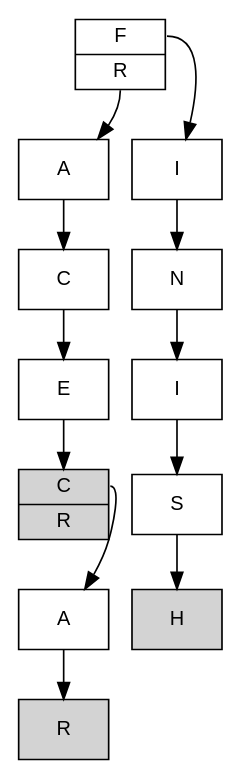
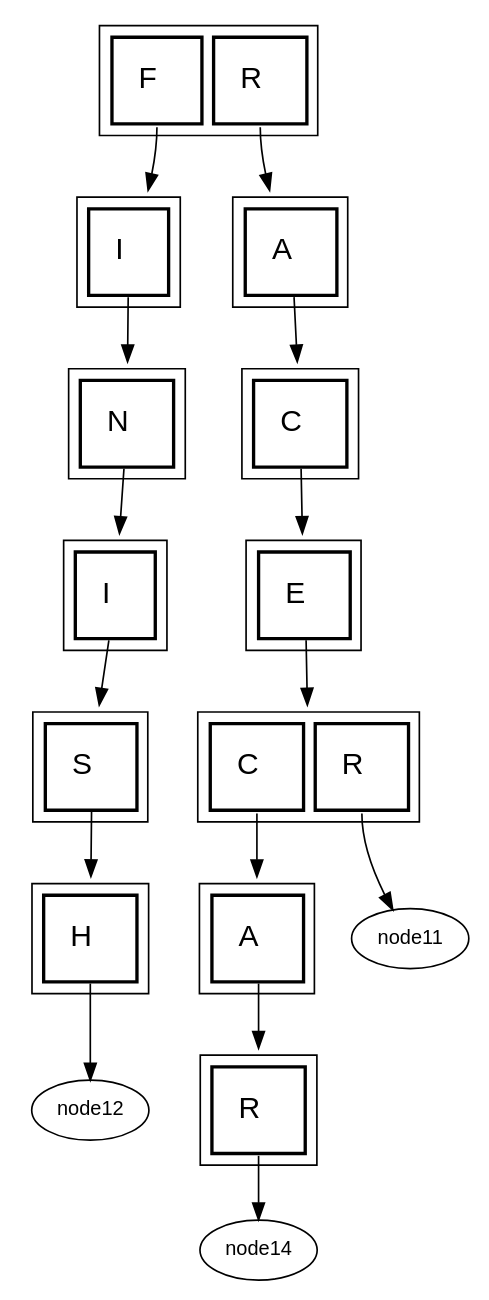
Before and after one commit to samsepi0x0/trie-visualize: the diagram in build/trie.dot, drawn with Graphviz. The commit also changed 13 other files, not shown here.

First line of the commit message:
Shifted to table format in graphviz.

```diff
--- a/build/trie.dot
+++ b/build/trie.dot
@@ -1,80 +1,163 @@
 digraph g { 
 
 beautify = true;
-fontname="Helvetica,Arial,sans-serif" 
-node [fontname="Helvetica,Arial,sans-serif"] 
-edge [fontname="Helvetica,Arial,sans-serif"] 
+fontname = "Helvetica, Arial, sans-serif"
+node [fontname = "Helvetica, Arial, sans-serif"] 
+edge [fontname = "Helvetica, Arial, sans-serif"] 
 graph [nodesep=0.2, ranksep=0.4];
-graph [ rankdir = "TB" ]; 
+graph [rankdir = "TB"]; 
 node [ 
-fontsize = "12"
-shape = "ellipse"
+	fontsize = "12"
+	shape = "ellipse"
 ]; 
 edge []; 
 "node10" [ 
-label = "{ <f0> A }"
-shape = "record"
-];
+	shape = "plaintext"
+	fontsize = "18"
+	label = <
+		<TABLE CELLPADDING="15" BORDER="1" CELLBORDER="2" CELLSPACING="5">
+		<TR>
+			<TD ALIGN="CENTER" VALIGN="MIDDLE" PORT = "f0"> A </TD>
+		</TR>
+		</TABLE>
+	>
+]
 "node9" [ 
-label = "{ <f7> H }"
-shape = "record"
-
-style = "filled"
-];
+	shape = "plaintext"
+	fontsize = "18"
+	label = <
+		<TABLE CELLPADDING="15" BORDER="1" CELLBORDER="2" CELLSPACING="5">
+		<TR>
+			<TD ALIGN="CENTER" VALIGN="MIDDLE" PORT = "f7"> H </TD>
+		</TR>
+		</TABLE>
+	>
+]
 "node8" [ 
-label = "{<f2> C | <f17> R }"
-shape = "record"
-
-style = "filled"
-];
+	shape = "plaintext"
+	fontsize = "18"
+	label = <
+		<TABLE CELLPADDING="15" BORDER="1" CELLBORDER="2" CELLSPACING="5">
+		<TR>
+			<TD ALIGN="CENTER" VALIGN="MIDDLE" PORT = "f2"> C </TD>
+			<TD ALIGN="CENTER" VALIGN="MIDDLE" PORT = "f17"> R </TD>
+		</TR>
+		</TABLE>
+	>
+]
 "node7" [ 
-label = "{ <f18> S }"
-shape = "record"
-];
+	shape = "plaintext"
+	fontsize = "18"
+	label = <
+		<TABLE CELLPADDING="15" BORDER="1" CELLBORDER="2" CELLSPACING="5">
+		<TR>
+			<TD ALIGN="CENTER" VALIGN="MIDDLE" PORT = "f18"> S </TD>
+		</TR>
+		</TABLE>
+	>
+]
 "node6" [ 
-label = "{ <f4> E }"
-shape = "record"
-];
+	shape = "plaintext"
+	fontsize = "18"
+	label = <
+		<TABLE CELLPADDING="15" BORDER="1" CELLBORDER="2" CELLSPACING="5">
+		<TR>
+			<TD ALIGN="CENTER" VALIGN="MIDDLE" PORT = "f4"> E </TD>
+		</TR>
+		</TABLE>
+	>
+]
 "node5" [ 
-label = "{ <f8> I }"
-shape = "record"
-];
+	shape = "plaintext"
+	fontsize = "18"
+	label = <
+		<TABLE CELLPADDING="15" BORDER="1" CELLBORDER="2" CELLSPACING="5">
+		<TR>
+			<TD ALIGN="CENTER" VALIGN="MIDDLE" PORT = "f8"> I </TD>
+		</TR>
+		</TABLE>
+	>
+]
 "node4" [ 
-label = "{ <f2> C }"
-shape = "record"
-];
+	shape = "plaintext"
+	fontsize = "18"
+	label = <
+		<TABLE CELLPADDING="15" BORDER="1" CELLBORDER="2" CELLSPACING="5">
+		<TR>
+			<TD ALIGN="CENTER" VALIGN="MIDDLE" PORT = "f2"> C </TD>
+		</TR>
+		</TABLE>
+	>
+]
 "node3" [ 
-label = "{ <f13> N }"
-shape = "record"
-];
+	shape = "plaintext"
+	fontsize = "18"
+	label = <
+		<TABLE CELLPADDING="15" BORDER="1" CELLBORDER="2" CELLSPACING="5">
+		<TR>
+			<TD ALIGN="CENTER" VALIGN="MIDDLE" PORT = "f13"> N </TD>
+		</TR>
+		</TABLE>
+	>
+]
 "node2" [ 
-label = "{ <f0> A }"
-shape = "record"
-];
+	shape = "plaintext"
+	fontsize = "18"
+	label = <
+		<TABLE CELLPADDING="15" BORDER="1" CELLBORDER="2" CELLSPACING="5">
+		<TR>
+			<TD ALIGN="CENTER" VALIGN="MIDDLE" PORT = "f0"> A </TD>
+		</TR>
+		</TABLE>
+	>
+]
 "node1" [ 
-label = "{ <f8> I }"
-shape = "record"
-];
+	shape = "plaintext"
+	fontsize = "18"
+	label = <
+		<TABLE CELLPADDING="15" BORDER="1" CELLBORDER="2" CELLSPACING="5">
+		<TR>
+			<TD ALIGN="CENTER" VALIGN="MIDDLE" PORT = "f8"> I </TD>
+		</TR>
+		</TABLE>
+	>
+]
 "node13" [ 
-label = "{ <f17> R }"
-shape = "record"
-
-style = "filled"
-];
+	shape = "plaintext"
+	fontsize = "18"
+	label = <
+		<TABLE CELLPADDING="15" BORDER="1" CELLBORDER="2" CELLSPACING="5">
+		<TR>
+			<TD ALIGN="CENTER" VALIGN="MIDDLE" PORT = "f17"> R </TD>
+		</TR>
+		</TABLE>
+	>
+]
 "node0" [ 
-label = "{<f5> F | <f17> R }"
-shape = "record"
-];
+	shape = "plaintext"
+	fontsize = "18"
+	label = <
+		<TABLE CELLPADDING="15" BORDER="1" CELLBORDER="2" CELLSPACING="5">
+		<TR>
+			<TD ALIGN="CENTER" VALIGN="MIDDLE" PORT = "f5"> F </TD>
+			<TD ALIGN="CENTER" VALIGN="MIDDLE" PORT = "f17"> R </TD>
+		</TR>
+		</TABLE>
+	>
+]
 "node0":f5 -> "node1" [ id = 0 ];
 "node0":f17 -> "node2" [ id = 1 ];
 "node1":f8 -> "node3" [ id = 2 ];
 "node2":f0 -> "node4" [ id = 3 ];
 "node3":f13 -> "node5" [ id = 4 ];
 "node4":f2 -> "node6" [ id = 5 ];
 "node5":f8 -> "node7" [ id = 6 ];
 "node6":f4 -> "node8" [ id = 7 ];
 "node7":f18 -> "node9" [ id = 8 ];
 "node8":f2 -> "node10" [ id = 9 ];
-"node10":f0 -> "node13" [ id = 10 ];
+"node8":f17 -> "node11" [ id = 10 ];
+"node9":f7 -> "node12" [ id = 11 ];
+"node10":f0 -> "node13" [ id = 12 ];
+"node13":f17 -> "node14" [ id = 13 ];
 
 }
```
